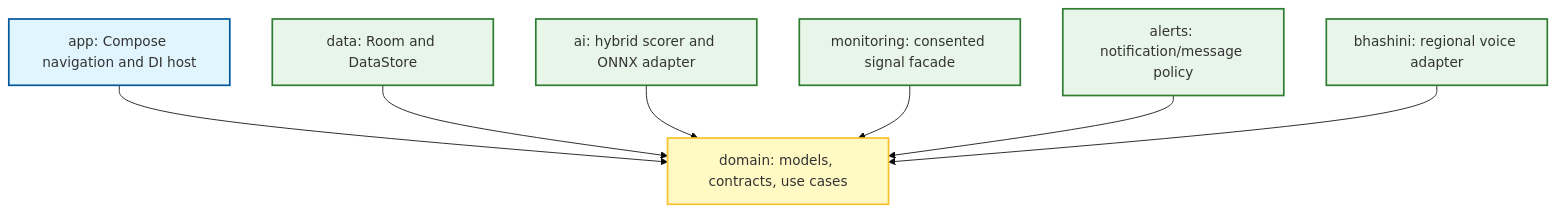
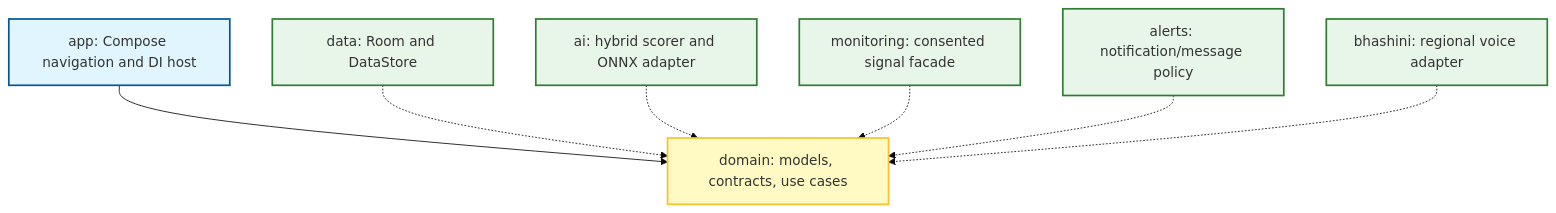
Before and after one commit to kgp134134-sys/GramKavach-CyberShield: the diagram in docs/Architecture.md, drawn with Mermaid (base theme). The commit also changed other lines of this file and 9 other files, not shown here.

Commit message:
Refactor: Implement Detailed Clean Architecture & Sanskriti UI. Updated Domain purity, Hybrid AI, Resilient Voice, and Premium Dashboard with Rangoli background.

````diff
--- a/docs/Architecture.md
+++ b/docs/Architecture.md
@@ -5,26 +5,26 @@
 ```mermaid
 flowchart TB
   app[app: Compose navigation and DI host]
   domain[domain: models, contracts, use cases]
   data[data: Room and DataStore]
   ai[ai: hybrid scorer and ONNX adapter]
   monitoring[monitoring: consented signal facade]
   alerts[alerts: notification/message policy]
   bhashini[bhashini: regional voice adapter]
 
   app --> domain
-  data --> domain
-  ai --> domain
-  monitoring --> domain
-  alerts --> domain
-  bhashini --> domain
+  data -.-> domain
+  ai -.-> domain
+  monitoring -.-> domain
+  alerts -.-> domain
+  bhashini -.-> domain
 
-  %% Styling
+  %% Styling: Sanskriti Palette
   style app fill:#E1F5FE,stroke:#01579B,stroke-width:2px
   style domain fill:#FFF9C4,stroke:#FBC02D,stroke-width:2px
   style data fill:#E8F5E9,stroke:#2E7D32,stroke-width:2px
   style ai fill:#E8F5E9,stroke:#2E7D32,stroke-width:2px
   style monitoring fill:#E8F5E9,stroke:#2E7D32,stroke-width:2px
   style alerts fill:#E8F5E9,stroke:#2E7D32,stroke-width:2px
   style bhashini fill:#E8F5E9,stroke:#2E7D32,stroke-width:2px
 ```
````
